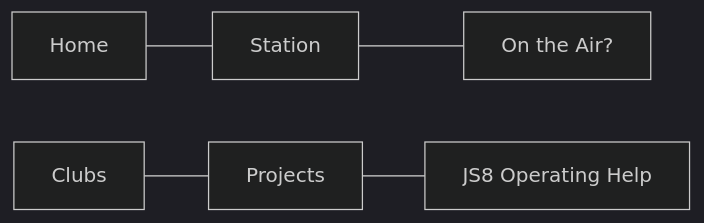
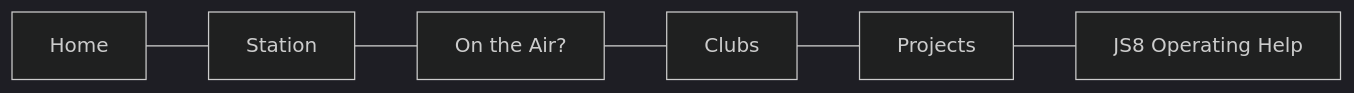
Before and after one commit to we4sel/we4sel.github.io: the diagram in constructor.md.md, drawn with Mermaid (dark theme). The commit also changed other lines of this file, not shown here.

Commit message:
constructor.md.md updated from https://stackedit.io/

````diff
--- a/constructor.md.md
+++ b/constructor.md.md
@@ -3,10 +3,10 @@
 ```mermaid
 graph LR
 a[Home] --- b[Station]
 b---c[On the Air?]
-
-d[Clubs] --- e[Projects]
+c--- d[Clubs] 
+d--- e[Projects]
 e---f[JS8 Operating Help]
 
 
 ```
````
